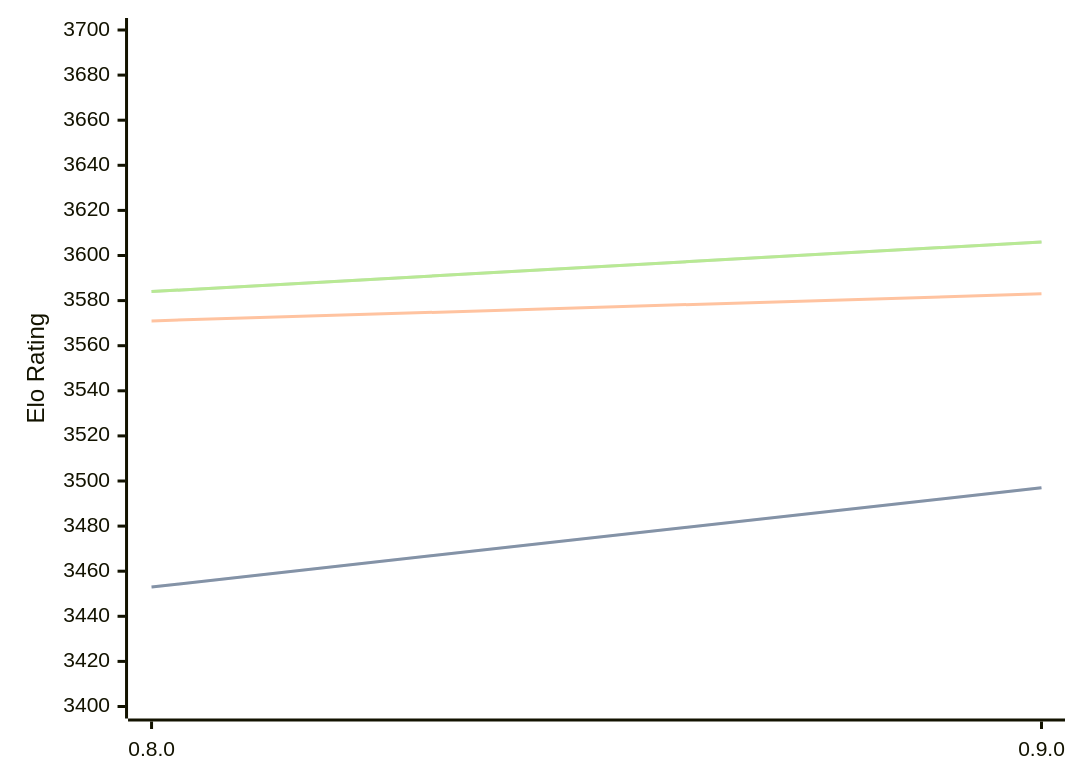
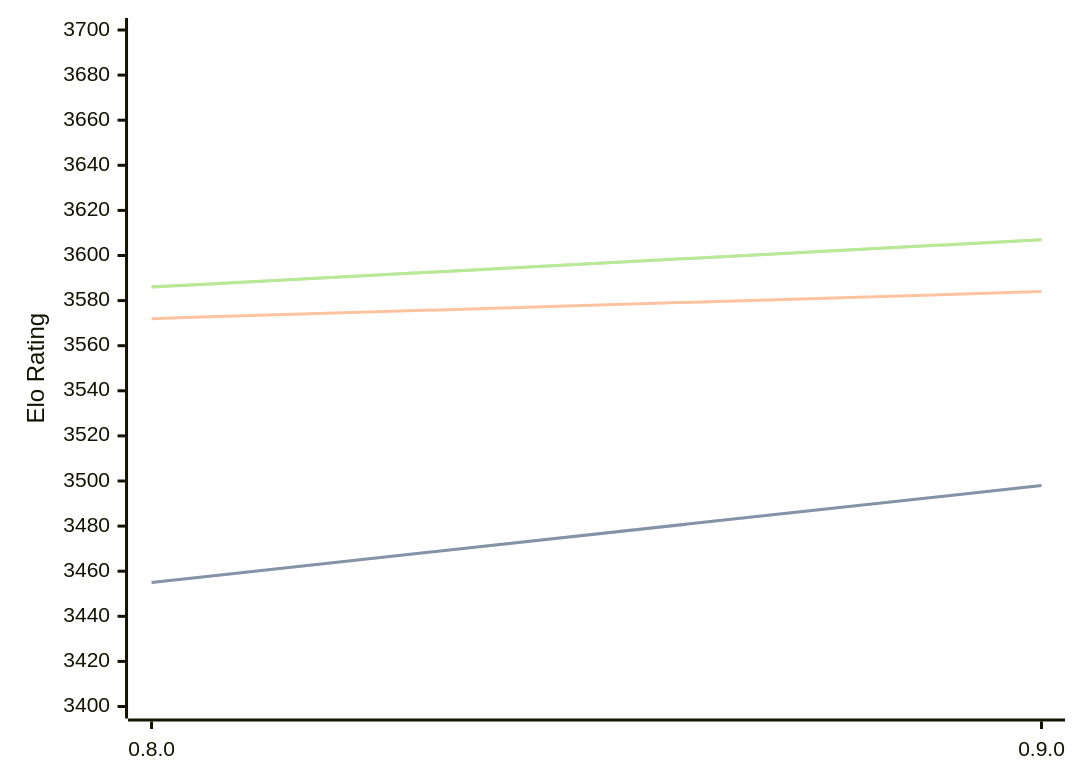
The diagram in engines/Reckless.md (computer-chess-index/cci), drawn with Mermaid before and after one commit. The commit also changed other lines of this file, not shown here.

Commit message:
Update CCI Ratings (ELO VLTC) - 2026-10-09

````diff
--- a/engines/Reckless.md
+++ b/engines/Reckless.md
@@ -32,11 +32,11 @@
 ```mermaid
 %%{init: {"theme":"base","themeVariables":{"seriesColors:['#a3a3a3','#222221','#faa371']}}}%%
 xychart-beta
   x-axis ["0.8.0", "0.9.0"]
   y-axis "Elo Rating" 3400 --> 3700
-  line "" [3453, 3497]
-  line "STC (8.0+0.08s)" [3453, 3497]
-  line "LTC (60.0+0.60s)" [3571, 3583]
-  line "" [3584, 3606]
-  line "VLTC (2m24s+1.12s)" [3584, 3606]
+  line "" [3455, 3498]
+  line "STC (8.0+0.08s)" [3455, 3498]
+  line "LTC (60.0+0.60s)" [3572, 3584]
+  line "" [3586, 3607]
+  line "VLTC (2m24s+1.12s)" [3586, 3607]
 ```
````
